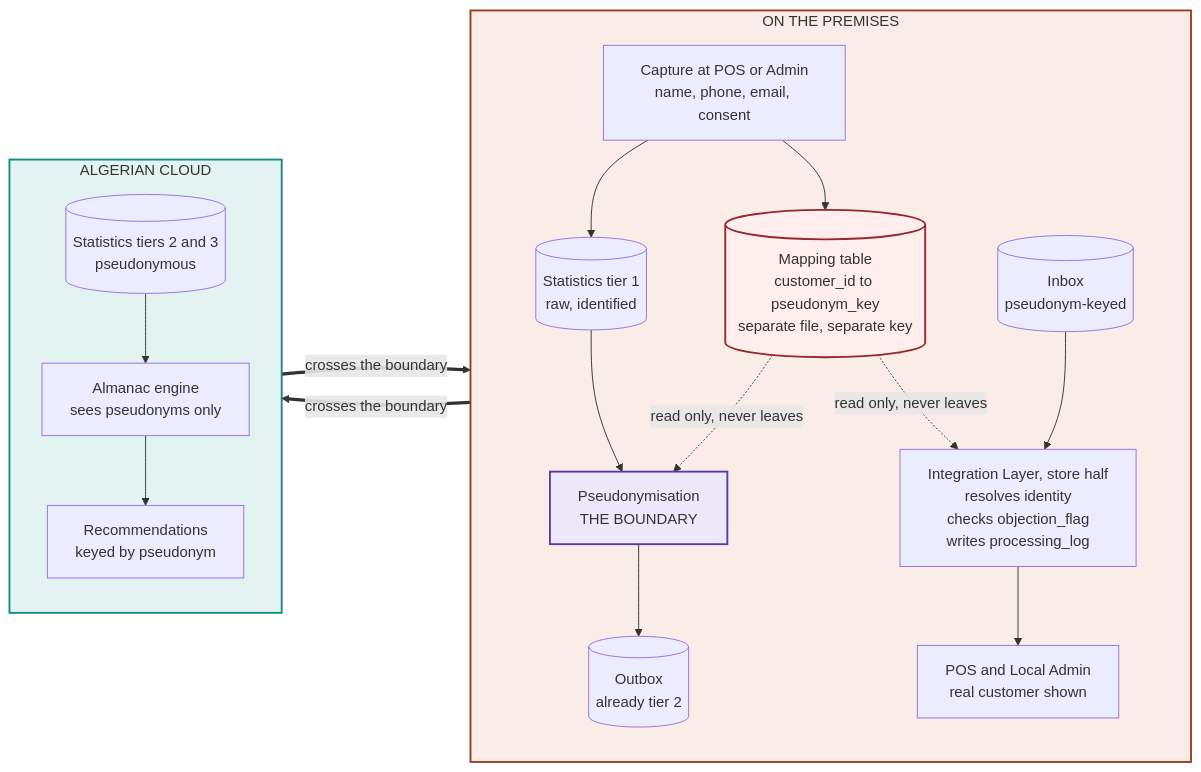
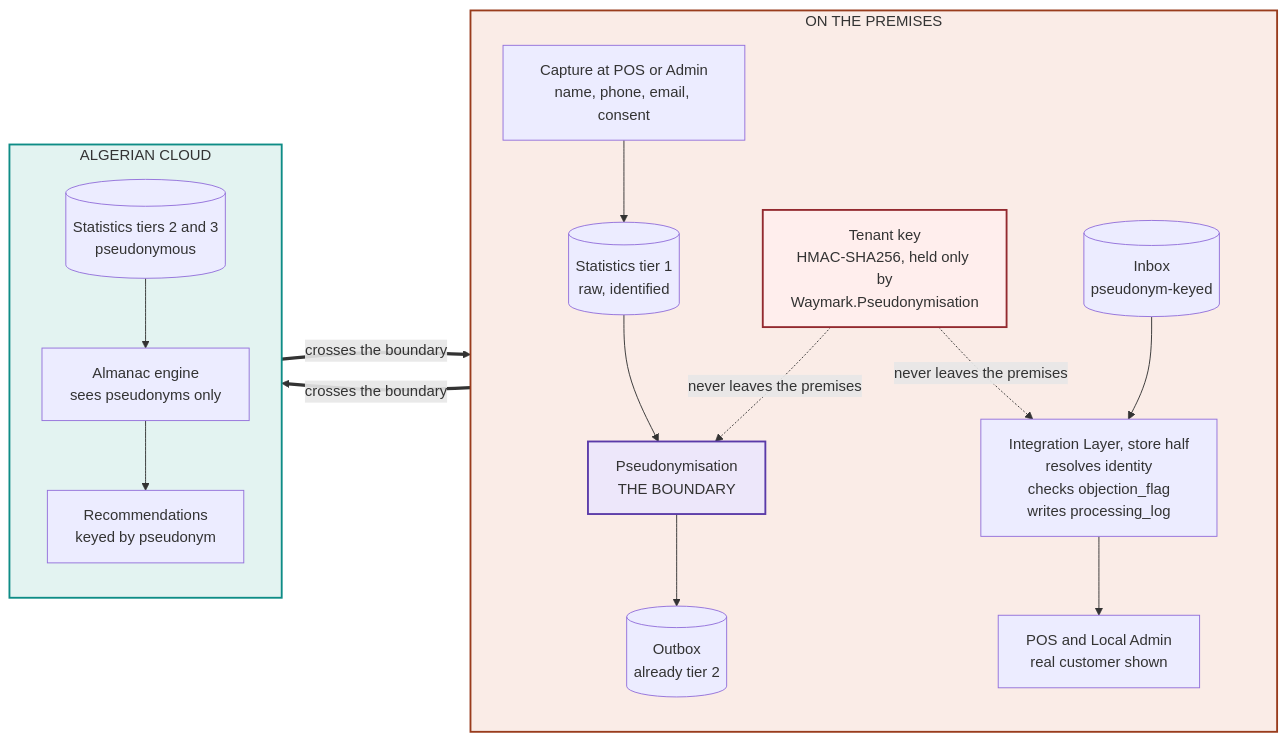
The diagram in docs/diagrams/04-data-flow.md (RAHAI-HAKIM/Waymark), drawn with Mermaid before and after one commit. The commit also changed other lines of this file and 10 other files, not shown here.

````diff
--- a/docs/diagrams/04-data-flow.md
+++ b/docs/diagrams/04-data-flow.md
@@ -6,39 +6,38 @@
 ```mermaid
 flowchart LR
     subgraph local["ON THE PREMISES"]
         direction TB
         capture["Capture at POS or Admin<br/>name, phone, email, consent"]
         tier1[("Statistics tier 1<br/>raw, identified")]
-        mapping[("Mapping table<br/>customer_id to pseudonym_key<br/>separate file, separate key")]
+        key["Tenant key<br/>HMAC-SHA256, held only by<br/>Waymark.Pseudonymisation"]
         pseudo["Pseudonymisation<br/>THE BOUNDARY"]
         outbox[("Outbox<br/>already tier 2")]
         inbox[("Inbox<br/>pseudonym-keyed")]
         integ["Integration Layer, store half<br/>resolves identity<br/>checks objection_flag<br/>writes processing_log"]
         surface["POS and Local Admin<br/>real customer shown"]
     end
 
     subgraph cloudside["ALGERIAN CLOUD"]
         direction TB
         tier2[("Statistics tiers 2 and 3<br/>pseudonymous")]
         almanac["Almanac engine<br/>sees pseudonyms only"]
         recs["Recommendations<br/>keyed by pseudonym"]
     end
 
     capture --> tier1
-    capture --> mapping
     tier1 --> pseudo
-    mapping -.->|"read only, never leaves"| pseudo
+    key -.->|"never leaves the premises"| pseudo
     pseudo --> outbox
     outbox ==>|"crosses the boundary"| tier2
     tier2 --> almanac
     almanac --> recs
     recs ==>|"crosses the boundary"| inbox
     inbox --> integ
-    mapping -.->|"read only, never leaves"| integ
+    key -.->|"never leaves the premises"| integ
     integ --> surface
 
     style local fill:#FAECE7,stroke:#993C1D,stroke-width:2px
     style cloudside fill:#E3F3F1,stroke:#0E8C86,stroke-width:2px
     style pseudo fill:#EDE7FA,stroke:#5A3AA8,stroke-width:2px
-    style mapping fill:#FFEEED,stroke:#93292F,stroke-width:2px
+    style key fill:#FFEEED,stroke:#93292F,stroke-width:2px
 ```
````
